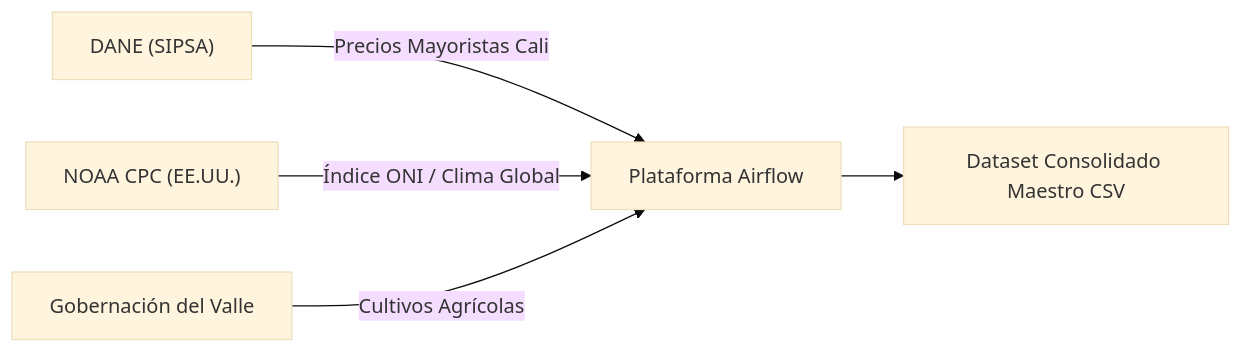
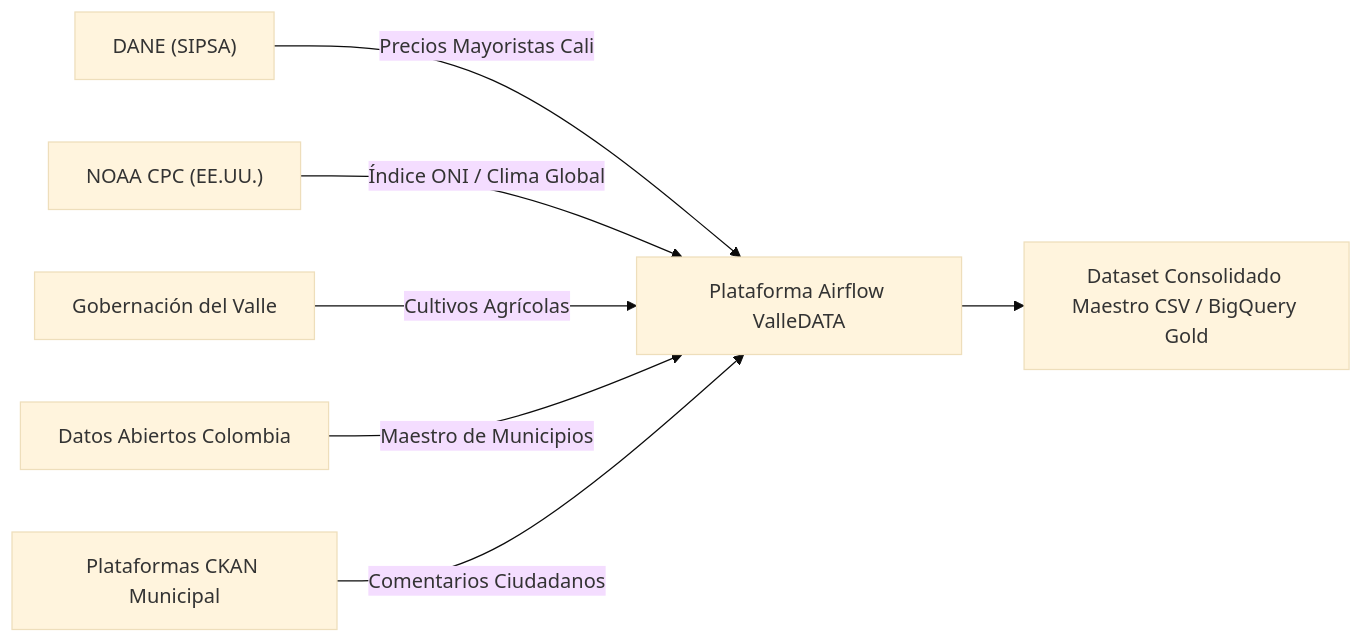
One commit to jjvallej/enigma_pyImport changed the first of 2 diagrams in DOCUMENTACION_DAGS.md. Above: the diagram before and after it, drawn with Mermaid (base theme). The commit also changed other lines of this file and 54 other files, not shown here.

Commit message:
feat(dags): actualizar dags y configuraciones para ValleDATA en Bitbucket

````diff
--- a/DOCUMENTACION_DAGS.md
+++ b/DOCUMENTACION_DAGS.md
@@ -47,7 +50,10 @@
 ```mermaid
 flowchart LR
-    A["DANE (SIPSA)"] -->|Precios Mayoristas Cali| D["Plataforma Airflow"]
-    B["NOAA CPC (EE.UU.)"] -->|Índice ONI / Clima Global| D
-    C["Gobernación del Valle"] -->|Cultivos Agrícolas| D
-    D --> E["Dataset Consolidado Maestro CSV"]
+    A["DANE (SIPSA)"] -->|Precios Mayoristas Cali| Platform["Plataforma Airflow ValleDATA"]
+    B["NOAA CPC (EE.UU.)"] -->|Índice ONI / Clima Global| Platform
+    C["Gobernación del Valle"] -->|Cultivos Agrícolas| Platform
+    D["Datos Abiertos Colombia"] -->|Maestro de Municipios| Platform
+    E["Plataformas CKAN Municipal"] -->|Comentarios Ciudadanos| Platform
+
+    Platform --> F["Dataset Consolidado Maestro CSV / BigQuery Gold"]
 ```
````
